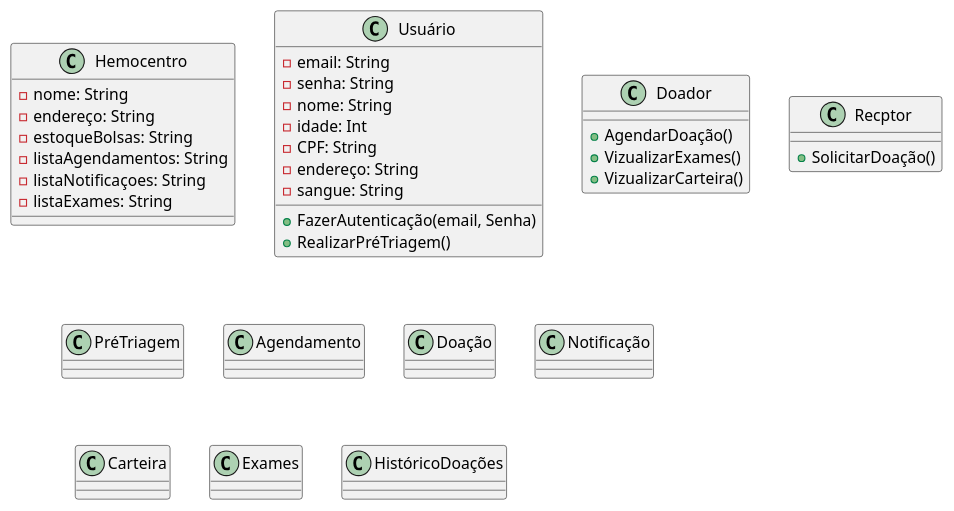
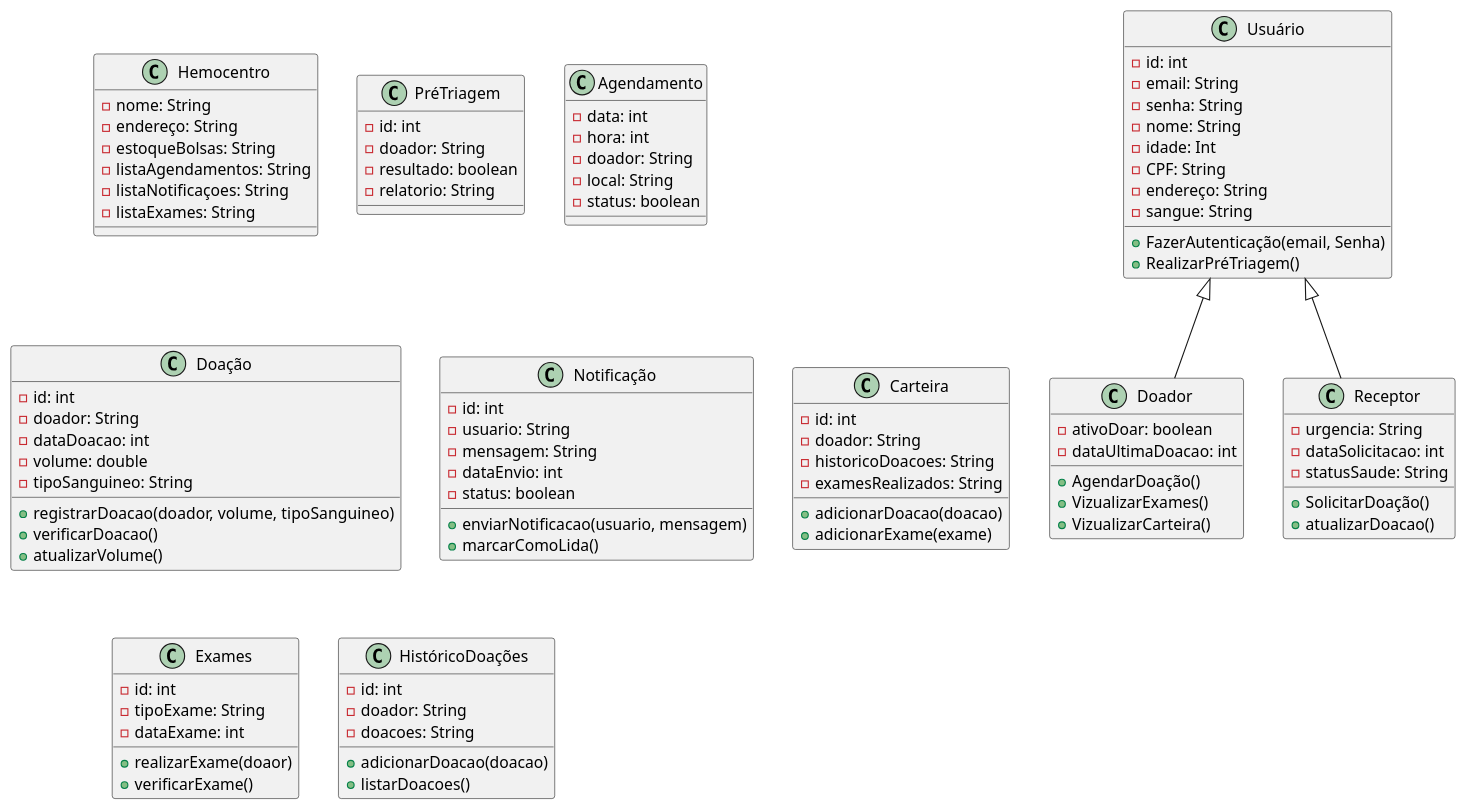
Before and after one commit to hebertluisoficial/HEMOBILE_UML: the diagram in Diagramas/Classes/HEMOBILE-Classes.puml, drawn with PlantUML.

```diff
--- a/Diagramas/Classes/HEMOBILE-Classes.puml
+++ b/Diagramas/Classes/HEMOBILE-Classes.puml
@@ -1,63 +1,108 @@
 @startuml HEMOBILE
 
 class Hemocentro {
     -nome: String
     -endereço: String
     -estoqueBolsas: String
     -listaAgendamentos: String
     -listaNotificaçoes: String
     -listaExames: String
 }
 
 class Usuário {
+    -id: int
     -email: String
     -senha: String
     -nome: String
     -idade: Int
     -CPF: String
     -endereço: String
     -sangue: String
 
     +FazerAutenticação(email, Senha)
     +RealizarPréTriagem()
 }
 
 class Doador {
+    -ativoDoar: boolean
+    -dataUltimaDoacao: int
     +AgendarDoação()
     +VizualizarExames()
     +VizualizarCarteira()
 }
 
-class Recptor {
-    +SolicitarDoação()
+class Receptor {
+  -urgencia: String
+  -dataSolicitacao: int
+  -statusSaude: String
+  +SolicitarDoação()
+  +atualizarDoacao()
 }
 
 class PréTriagem {
+-id: int
+-doador: String
+-resultado: boolean
+-relatorio: String
+'ultimo atributo dispensavel
 
 }
 
 class Agendamento {
-
+-data: int
+-hora: int
+-doador: String
+-local: String
+-status: boolean
 }
 
 class Doação {
-
+-id: int
+-doador: String
+-dataDoacao: int
+-volume: double
+-tipoSanguineo: String
++registrarDoacao(doador, volume, tipoSanguineo)
++verificarDoacao()
++atualizarVolume()
 }
 
 class Notificação {
-
+-id: int
+-usuario: String
+-mensagem: String
+-dataEnvio: int
+-status: boolean
++enviarNotificacao(usuario, mensagem)
++marcarComoLida()
 }
 
 class Carteira {
-
+-id: int
+-doador: String
+-historicoDoacoes: String
+-examesRealizados: String
++adicionarDoacao(doacao)
++adicionarExame(exame)
 }
 
 class Exames {
-
+-id: int
+-tipoExame: String
+-dataExame: int
++realizarExame(doaor)
++verificarExame()
 }
 
 class HistóricoDoações {
-
+-id: int
+-doador: String
+-doacoes: String
++adicionarDoacao(doacao)
++listarDoacoes()
 }
 
+Usuário <|-- Doador
+Usuário <|-- Receptor
+
 @enduml
```
